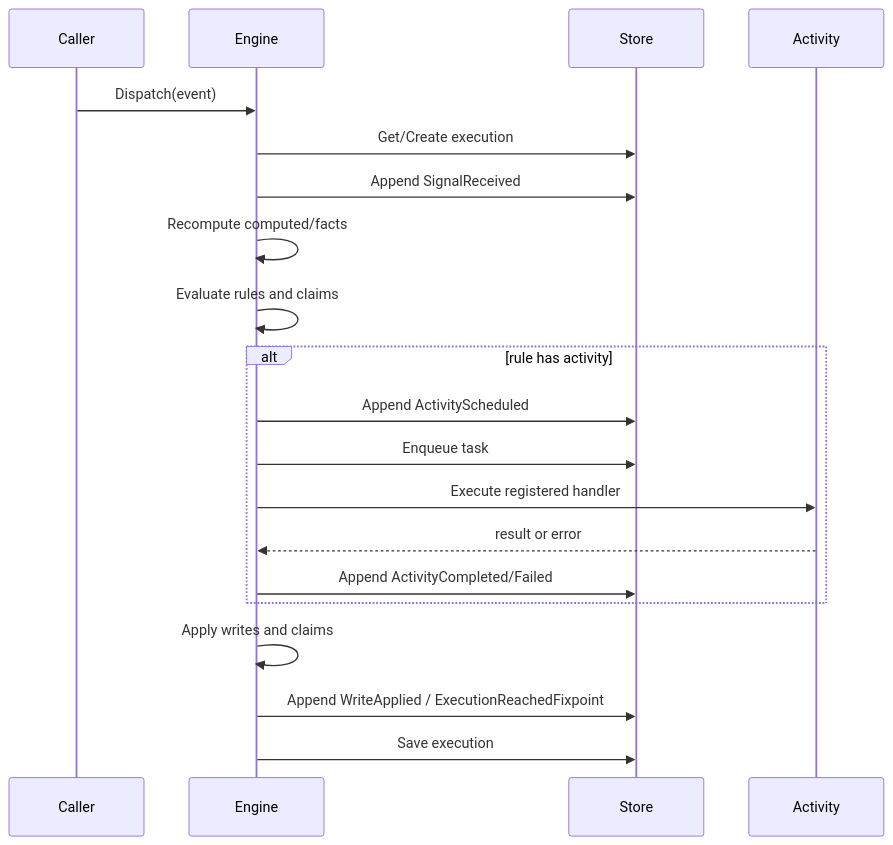
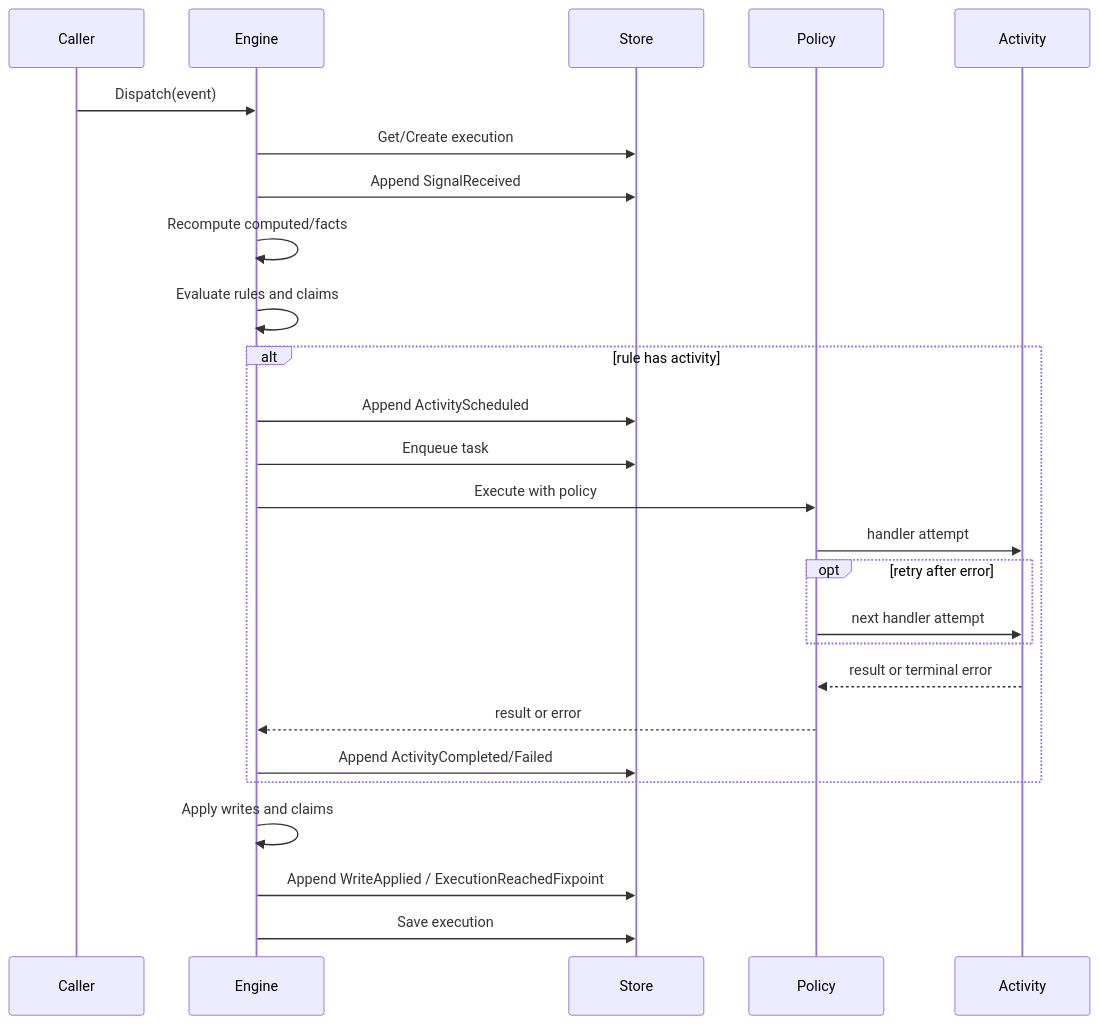
The fourth of 4 diagrams in ARCHITECTURE.md (Homiakus/axiom), drawn with Mermaid before and after one commit. The commit also changed other lines of this file, not shown here.

Commit message:
docs(architecture): align activity policy runtime model

````diff
--- a/ARCHITECTURE.md
+++ b/ARCHITECTURE.md
@@ -112,23 +114,29 @@
 ```mermaid
 sequenceDiagram
     participant C as Caller
     participant E as Engine
     participant S as Store
+    participant P as Policy
     participant A as Activity
 
     C->>E: Dispatch(event)
     E->>S: Get/Create execution
     E->>S: Append SignalReceived
     E->>E: Recompute computed/facts
     E->>E: Evaluate rules and claims
     alt rule has activity
         E->>S: Append ActivityScheduled
         E->>S: Enqueue task
-        E->>A: Execute registered handler
-        A-->>E: result or error
+        E->>P: Execute with policy
+        P->>A: handler attempt
+        opt retry after error
+            P->>A: next handler attempt
+        end
+        A-->>P: result or terminal error
+        P-->>E: result or error
         E->>S: Append ActivityCompleted/Failed
     end
     E->>E: Apply writes and claims
     E->>S: Append WriteApplied / ExecutionReachedFixpoint
     E->>S: Save execution
 ```
````
